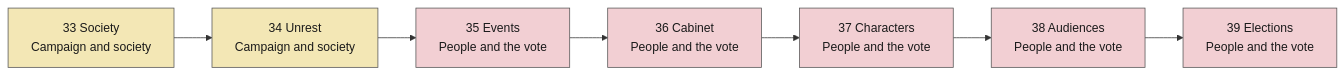
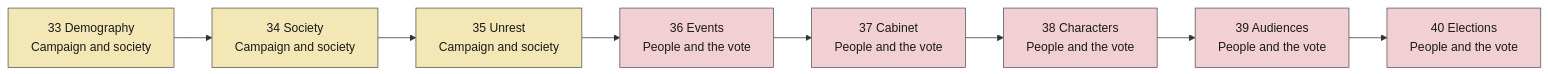
Before and after one commit to powerbassist/World-simulator: the fifth of 5 diagrams in docs/tick-order.md, drawn with Mermaid. The commit also changed other lines of this file and 12 other files, not shown here.

````diff
--- a/docs/tick-order.md
+++ b/docs/tick-order.md
@@ -105,17 +105,18 @@
 ```mermaid
 flowchart LR
-  s33["33 Society<br/>Campaign and society"]:::g4
-  s34["34 Unrest<br/>Campaign and society"]:::g4
-  s35["35 Events<br/>People and the vote"]:::g5
-  s36["36 Cabinet<br/>People and the vote"]:::g5
-  s37["37 Characters<br/>People and the vote"]:::g5
-  s38["38 Audiences<br/>People and the vote"]:::g5
-  s39["39 Elections<br/>People and the vote"]:::g5
-  s33 --> s34 --> s35 --> s36 --> s37 --> s38 --> s39
+  s33["33 Demography<br/>Campaign and society"]:::g4
+  s34["34 Society<br/>Campaign and society"]:::g4
+  s35["35 Unrest<br/>Campaign and society"]:::g4
+  s36["36 Events<br/>People and the vote"]:::g5
+  s37["37 Cabinet<br/>People and the vote"]:::g5
+  s38["38 Characters<br/>People and the vote"]:::g5
+  s39["39 Audiences<br/>People and the vote"]:::g5
+  s40["40 Elections<br/>People and the vote"]:::g5
+  s33 --> s34 --> s35 --> s36 --> s37 --> s38 --> s39 --> s40
   classDef g0 fill:#cfe3f7,stroke:#555,color:#1a1a1a
   classDef g1 fill:#f6dcc2,stroke:#555,color:#1a1a1a
   classDef g2 fill:#dccff0,stroke:#555,color:#1a1a1a
   classDef g3 fill:#cdebd3,stroke:#555,color:#1a1a1a
   classDef g4 fill:#f3e7b5,stroke:#555,color:#1a1a1a
   classDef g5 fill:#f2cfd3,stroke:#555,color:#1a1a1a
 ```
````
